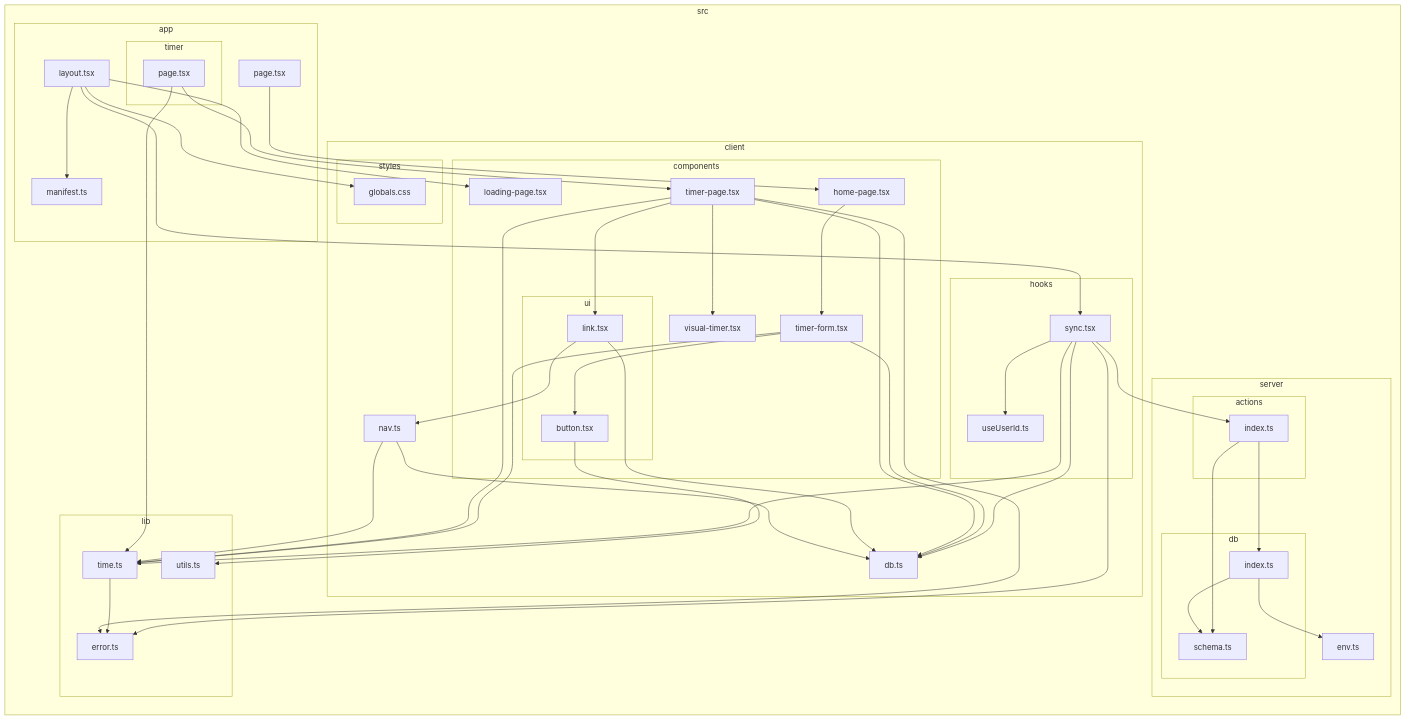
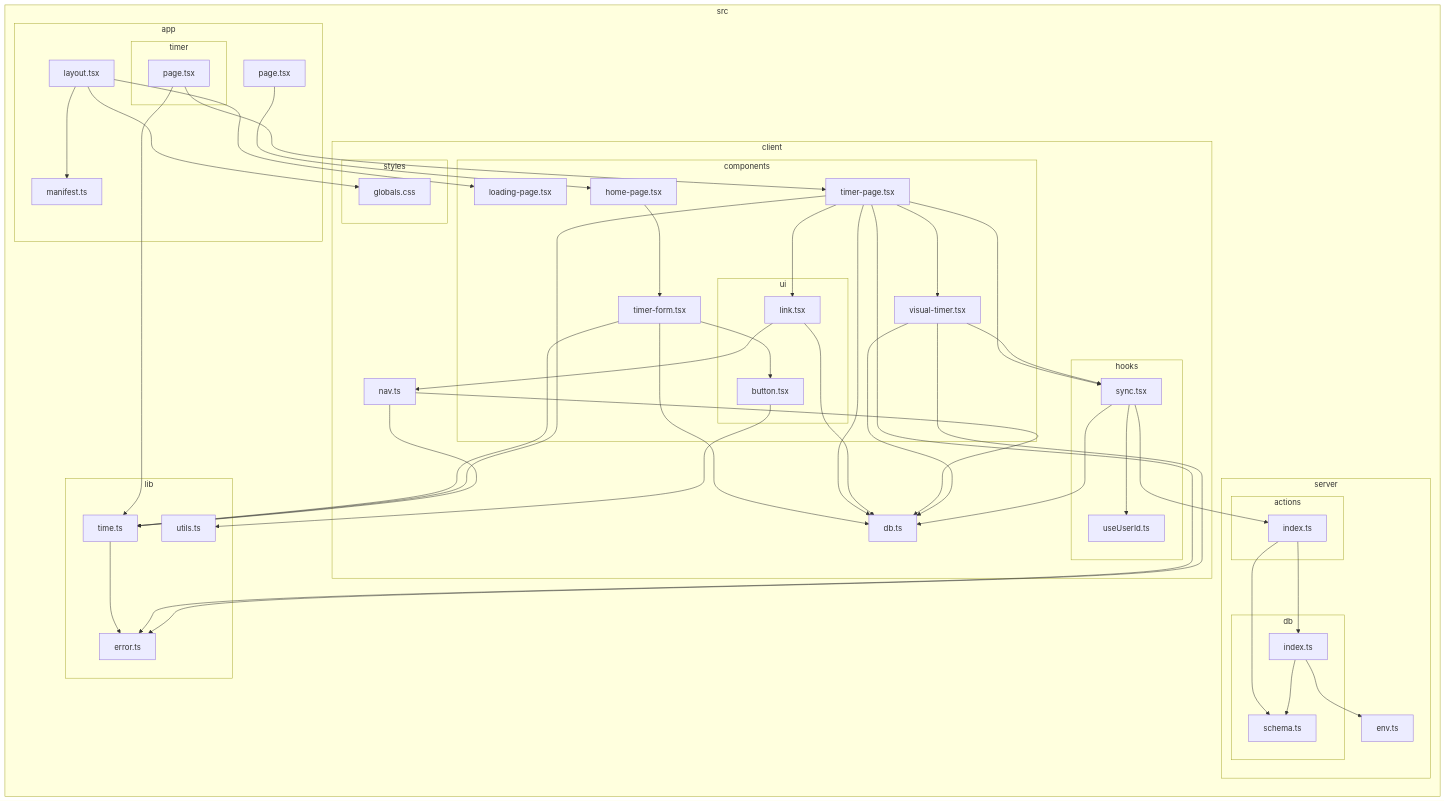
The diagram in reports/dependency-graph.mmd (axolotl-logic/axolotl-time), drawn with Mermaid before and after one commit. The commit also changed 1 other file, not shown here.

Commit message:
Commit from GitHub Actions (Dependency Sanity)

```diff
--- a/reports/dependency-graph.mmd
+++ b/reports/dependency-graph.mmd
@@ -1,80 +1,81 @@
 flowchart LR
 
 subgraph 0["src"]
 subgraph 1["app"]
 2["layout.tsx"]
 6["manifest.ts"]
-N["page.tsx"]
-subgraph T["timer"]
-U["page.tsx"]
+9["page.tsx"]
+subgraph J["timer"]
+K["page.tsx"]
 end
 end
 subgraph 3["client"]
 subgraph 4["styles"]
 5["globals.css"]
 end
 subgraph 7["components"]
 8["loading-page.tsx"]
-O["home-page.tsx"]
-P["timer-form.tsx"]
-subgraph Q["ui"]
-R["button.tsx"]
+A["home-page.tsx"]
+B["timer-form.tsx"]
+subgraph C["ui"]
+D["button.tsx"]
 W["link.tsx"]
 end
-V["timer-page.tsx"]
+L["timer-page.tsx"]
 Y["visual-timer.tsx"]
 end
-subgraph 9["hooks"]
-A["sync.tsx"]
-B["useUserId.ts"]
+G["db.ts"]
+subgraph M["hooks"]
+N["sync.tsx"]
+O["useUserId.ts"]
 end
-C["db.ts"]
 X["nav.ts"]
 end
-subgraph D["lib"]
-E["error.ts"]
-F["time.ts"]
-S["utils.ts"]
+subgraph E["lib"]
+F["utils.ts"]
+H["time.ts"]
+I["error.ts"]
 end
-subgraph G["server"]
-subgraph H["actions"]
-I["index.ts"]
+subgraph P["server"]
+subgraph Q["actions"]
+R["index.ts"]
 end
-subgraph J["db"]
-K["schema.ts"]
-L["index.ts"]
+subgraph S["db"]
+T["schema.ts"]
+U["index.ts"]
 end
-M["env.ts"]
+V["env.ts"]
 end
 end
 2-->6
 2-->8
-2-->A
 2-->5
+9-->A
 A-->B
-A-->C
-A-->E
-A-->F
-A-->I
-F-->E
-I-->K
-I-->L
-L-->K
-L-->M
+B-->D
+B-->G
+B-->H
+D-->F
+H-->I
+K-->L
+K-->H
+L-->G
+L-->N
+L-->W
+L-->Y
+L-->I
+L-->H
 N-->O
-O-->P
-P-->R
-P-->C
-P-->F
-R-->S
+N-->G
+N-->R
+R-->T
+R-->U
+U-->T
 U-->V
-U-->F
-V-->C
-V-->W
-V-->Y
-V-->E
-V-->F
-W-->C
+W-->G
 W-->X
-X-->C
-X-->F
+X-->G
+X-->H
+Y-->G
+Y-->N
+Y-->I
```
